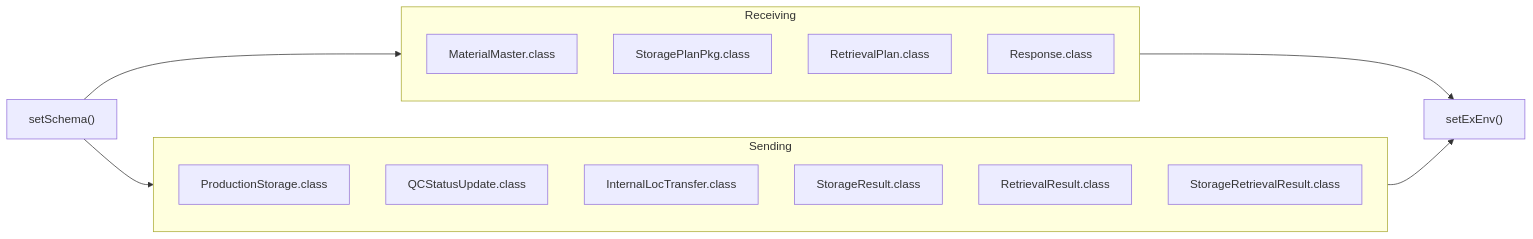
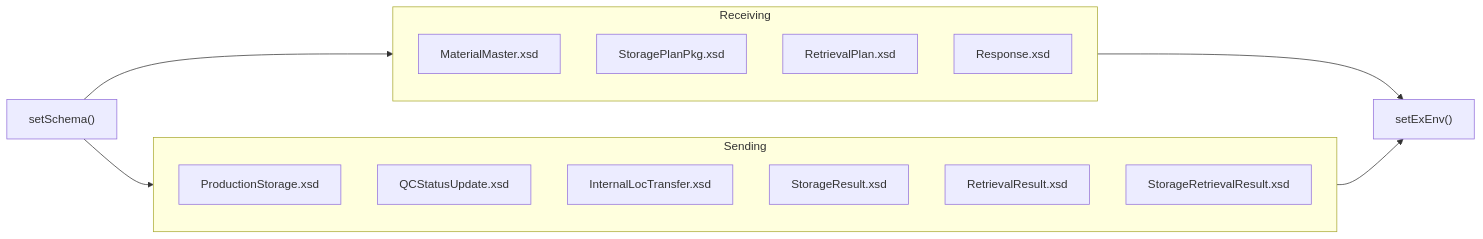
The fifth of 5 diagrams in Basic-Design/Host-Interfaces.md (luthfiadityaa/SimeDarby-Wiki), drawn with Mermaid before and after one commit.

Commit message:
Updated Host Interfaces

```diff
--- a/Basic-Design/Host-Interfaces.md
+++ b/Basic-Design/Host-Interfaces.md
@@ -124,23 +124,23 @@
 ::: mermaid
 flowchart LR
  E1["setExEnv()"]
  C1["setSchema()"]  
  C1 --> Receiving --> E1
  C1 --> Sending --> E1
 
 subgraph Receiving
- C21["MaterialMaster.class"]
- C22["StoragePlanPkg.class"] 
- C23["RetrievalPlan.class"] 
- C24["Response.class"]
+ C21["MaterialMaster.xsd"]
+ C22["StoragePlanPkg.xsd"] 
+ C23["RetrievalPlan.xsd"] 
+ C24["Response.xsd"]
 end
 
 subgraph Sending
- C25["ProductionStorage.class"]
- C26["QCStatusUpdate.class"]
- C27["InternalLocTransfer.class"] 
- C28["StorageResult.class"]
- C29["RetrievalResult.class"] 
- C30["StorageRetrievalResult.class"] 
+ C25["ProductionStorage.xsd"]
+ C26["QCStatusUpdate.xsd"]
+ C27["InternalLocTransfer.xsd"] 
+ C28["StorageResult.xsd"]
+ C29["RetrievalResult.xsd"] 
+ C30["StorageRetrievalResult.xsd"] 
 end 
 :::
```
